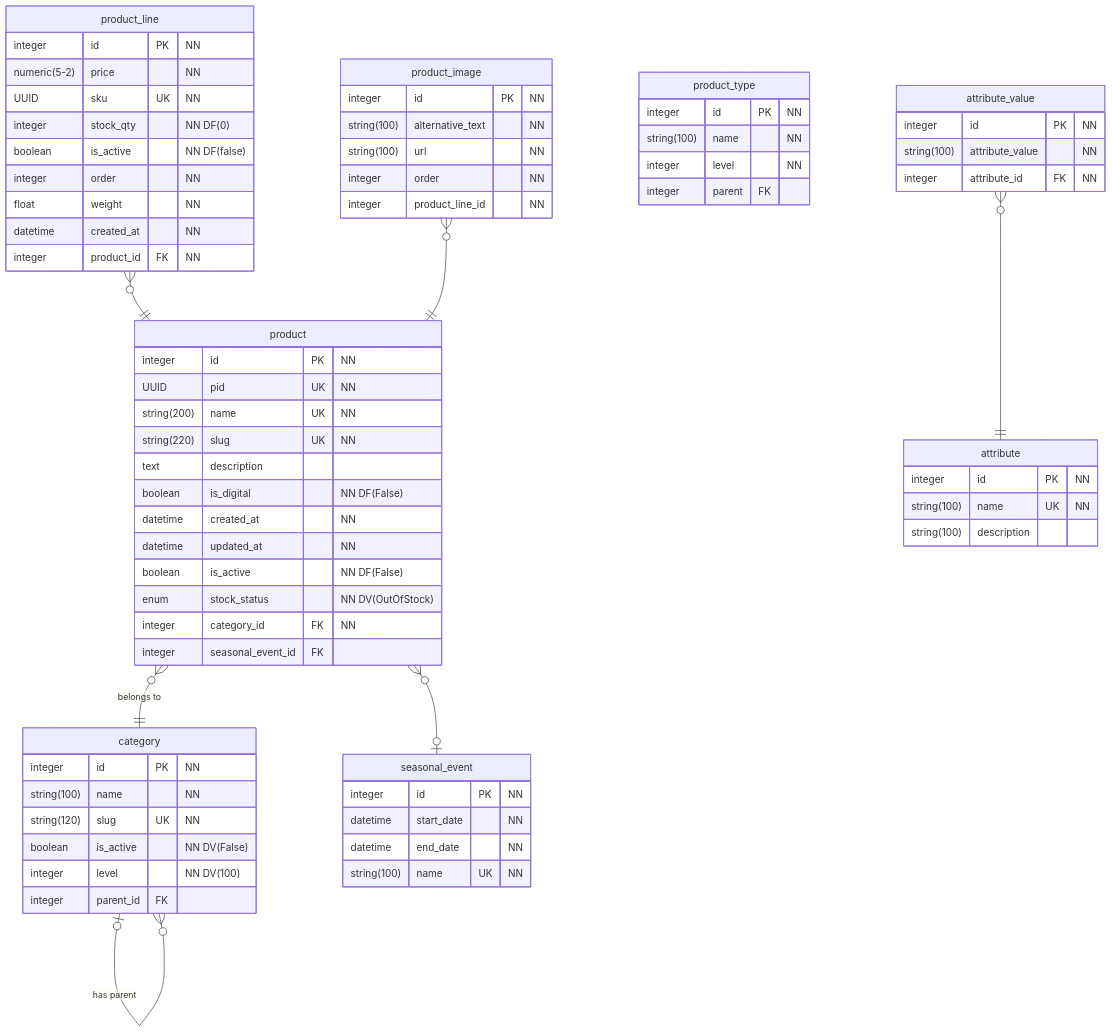
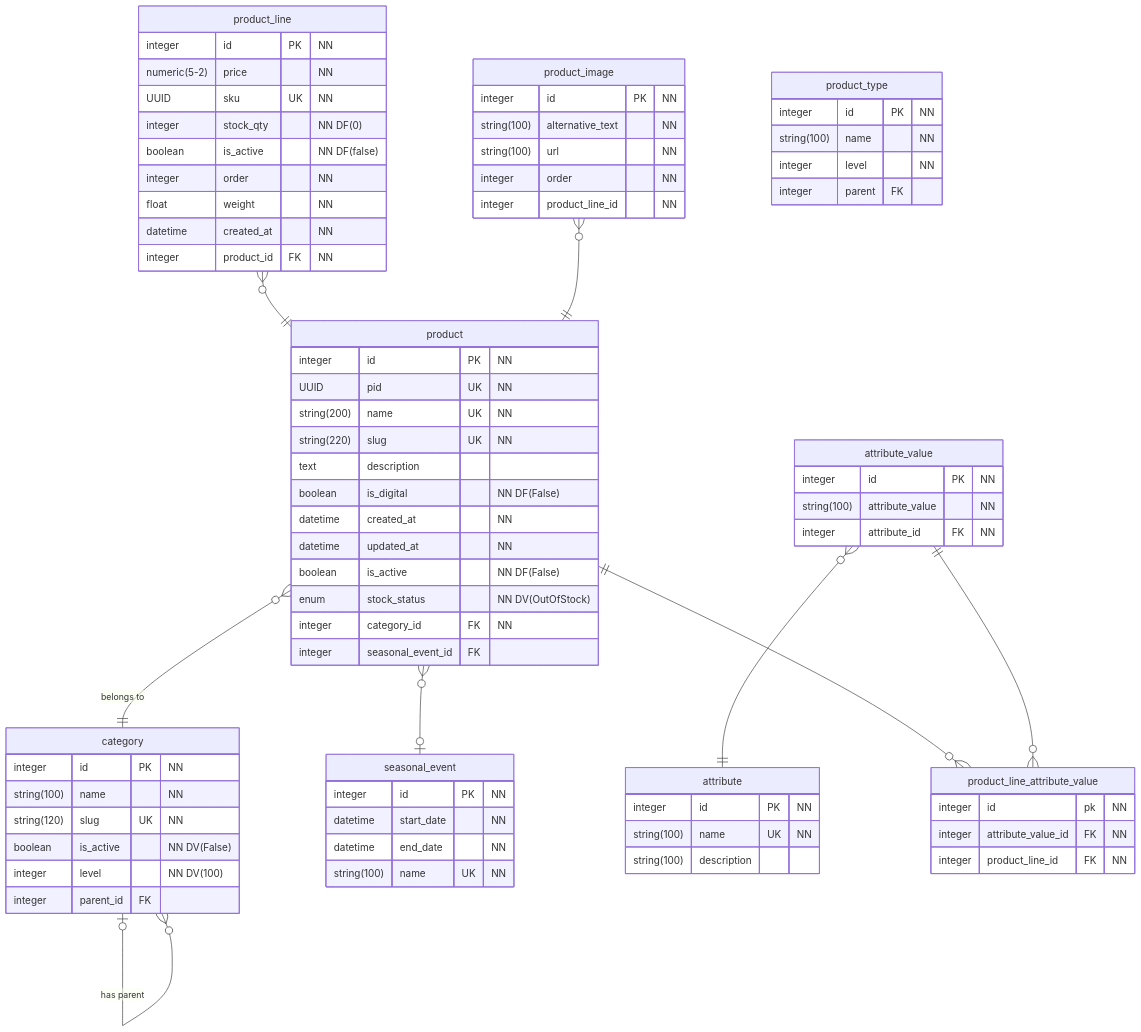
Before and after one commit to BrunoSoaresEngineering/fastAPI-learning-project: the diagram in README.md, drawn with Mermaid. The commit also changed 2 other files, not shown here.

Commit message:
feat: add "product_line_attribute_value" table

````diff
--- a/README.md
+++ b/README.md
@@ -72,11 +72,19 @@
       integer attribute_id FK "NN"
     }
 
+    product_line_attribute_value {
+      integer id pk "NN"
+      integer attribute_value_id FK "NN"
+      integer product_line_id FK "NN"
+    }
+
     category |o--o{ category : "has parent"
     product }o--|| category: "belongs to"
     product }o--o| seasonal_event: ""
+    product ||--o{ product_line_attribute_value: ""
     product_line }o--|| product: ""
     product_image }o--|| product: ""
     attribute_value }o--|| attribute: ""
+    attribute_value ||--o{  product_line_attribute_value: ""
 
 ```
````
